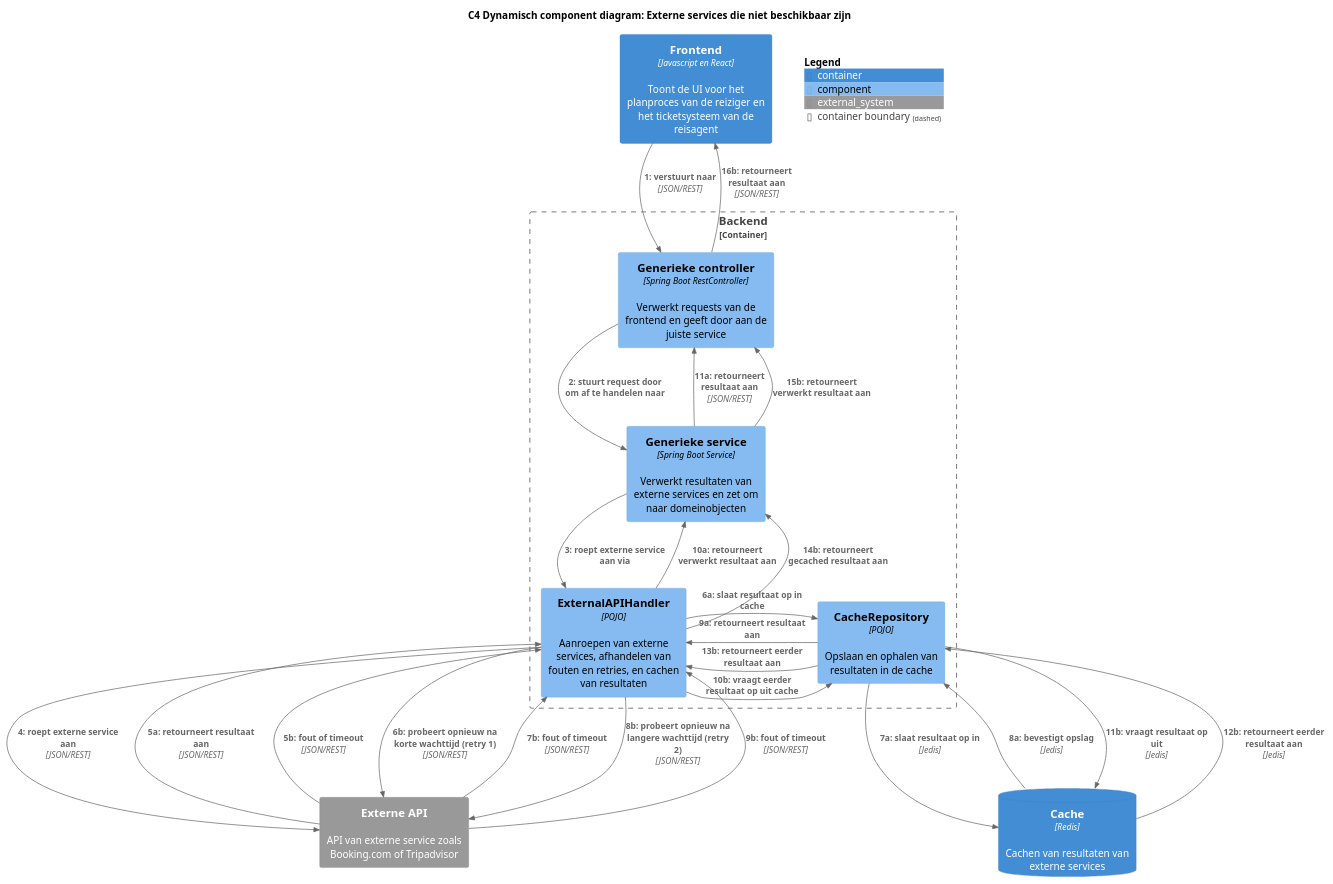
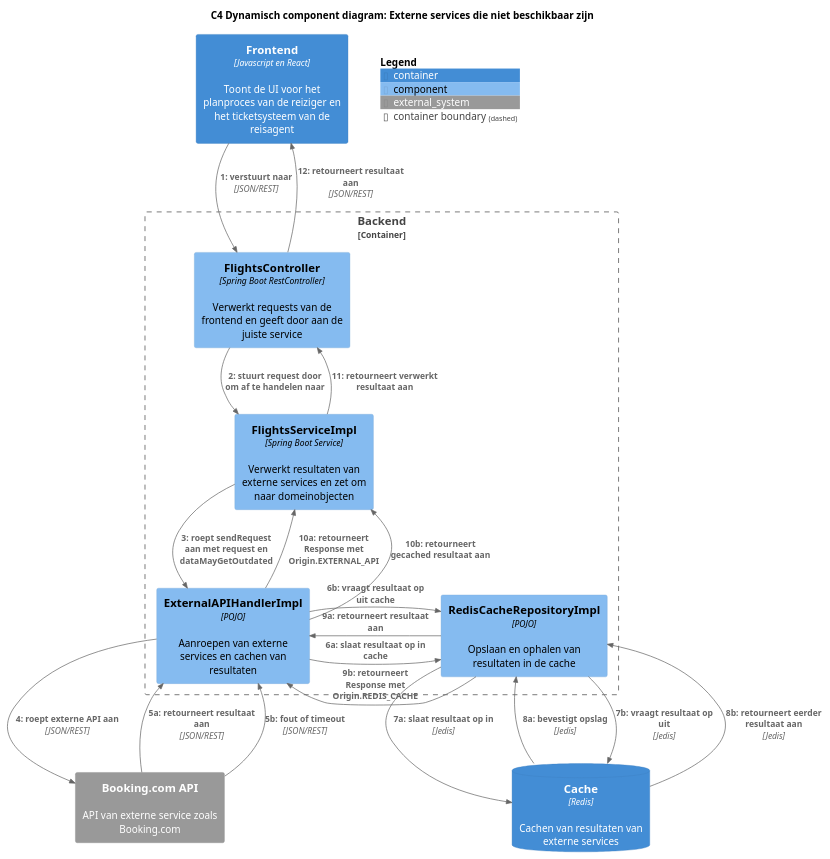
Before and after one commit to AIM-ENE-feb25/triptop-groep-4-jochem-roald-stijn-a: the diagram in software-guidebook/sgb-bestanden/ontwerpvragen/Fault Tolerance - volgorde van aanroepen.puml, drawn with PlantUML. The commit also changed 2 other files, not shown here.

Commit message:
class en dynamic component diagram update in readme

```diff
--- a/software-guidebook/sgb-bestanden/ontwerpvragen/Fault Tolerance - volgorde van aanroepen.puml
+++ b/software-guidebook/sgb-bestanden/ontwerpvragen/Fault Tolerance - volgorde van aanroepen.puml
@@ -1,56 +1,50 @@
 @startuml
 !include <C4/C4_Component.puml>
 title C4 Dynamisch component diagram: Externe services die niet beschikbaar zijn
 
 LAYOUT_TOP_DOWN()
 SHOW_PERSON_OUTLINE()
 
 Container(frontend, "Frontend", "Javascript en React", "Toont de UI voor het planproces van de reiziger en het ticketsysteem van de reisagent")
 
 Container_Boundary(backend, "Backend") {
-    Component(controller, "Generieke controller", "Spring Boot RestController", "Verwerkt requests van de frontend en geeft door aan de juiste service")
-    Component(service, "Generieke service", "Spring Boot Service", "Verwerkt resultaten van externe services en zet om naar domeinobjecten")
-    Component(apiHandler, "ExternalAPIHandler", "POJO", "Aanroepen van externe services, afhandelen van fouten en retries, en cachen van resultaten")
-    Component(cacheRepo, "CacheRepository", "POJO", "Opslaan en ophalen van resultaten in de cache")
+    Component(controller, "FlightsController", "Spring Boot RestController", "Verwerkt requests van de frontend en geeft door aan de juiste service")
+    Component(service, "FlightsServiceImpl", "Spring Boot Service", "Verwerkt resultaten van externe services en zet om naar domeinobjecten")
+    Component(apiHandler, "ExternalAPIHandlerImpl", "POJO", "Aanroepen van externe services en cachen van resultaten")
+    Component(cacheRepo, "RedisCacheRepositoryImpl", "POJO", "Opslaan en ophalen van resultaten in de cache")
 }
 
-System_Ext(api, "Externe API", "API van externe service zoals Booking.com of Tripadvisor")
+System_Ext(api, "Booking.com API", "API van externe service zoals Booking.com")
 
 ContainerDb(cache, "Cache", "Redis", "Cachen van resultaten van externe services")
 
 Rel_D(frontend, controller, "1: verstuurt naar", "JSON/REST")
 Rel_D(controller, service, "2: stuurt request door om af te handelen naar")
-Rel_D(service, apiHandler, "3: roept externe service aan via")
+Rel_D(service, apiHandler, "3: roept sendRequest aan met request en dataMayGetOutdated")
 
-' Eerste poging - externe API aanroepen
-Rel_D(apiHandler, api, "4: roept externe service aan", "JSON/REST")
+' Pad 1 - Externe API aanroepen
+Rel_D(apiHandler, api, "4: roept externe API aan", "JSON/REST")
 
 ' Succespad - externe API werkt
 Rel_U(api, apiHandler, "5a: retourneert resultaat aan", "JSON/REST")
 Rel_R(apiHandler, cacheRepo, "6a: slaat resultaat op in cache")
 Rel_D(cacheRepo, cache, "7a: slaat resultaat op in", "Jedis")
 Rel_U(cache, cacheRepo, "8a: bevestigt opslag", "Jedis")
 Rel_L(cacheRepo, apiHandler, "9a: retourneert resultaat aan")
-Rel_U(apiHandler, service, "10a: retourneert verwerkt resultaat aan")
-Rel_U(service, controller, "11a: retourneert resultaat aan", "JSON/REST")
+Rel_U(apiHandler, service, "10a: retourneert Response met Origin.EXTERNAL_API")
 
-' Foutpad - externe API faalt bij eerste poging
+' Foutpad - externe API faalt
 Rel_U(api, apiHandler, "5b: fout of timeout", "JSON/REST")
 
-' Retry mechanisme
-Rel_D(apiHandler, api, "6b: probeert opnieuw na korte wachttijd (retry 1)", "JSON/REST")
-Rel_U(api, apiHandler, "7b: fout of timeout", "JSON/REST")
-Rel_D(apiHandler, api, "8b: probeert opnieuw na langere wachttijd (retry 2)", "JSON/REST")
-Rel_U(api, apiHandler, "9b: fout of timeout", "JSON/REST")
+' Fallback naar cache
+Rel_R(apiHandler, cacheRepo, "6b: vraagt resultaat op uit cache")
+Rel_D(cacheRepo, cache, "7b: vraagt resultaat op uit", "Jedis")
+Rel_U(cache, cacheRepo, "8b: retourneert eerder resultaat aan", "Jedis")
+Rel_L(cacheRepo, apiHandler, "9b: retourneert Response met Origin.REDIS_CACHE")
+Rel_U(apiHandler, service, "10b: retourneert gecached resultaat aan")
 
-' Fallback naar cache
-Rel_R(apiHandler, cacheRepo, "10b: vraagt eerder resultaat op uit cache")
-Rel_D(cacheRepo, cache, "11b: vraagt resultaat op uit", "Jedis")
-Rel_U(cache, cacheRepo, "12b: retourneert eerder resultaat aan", "Jedis")
-Rel_L(cacheRepo, apiHandler, "13b: retourneert eerder resultaat aan")
-Rel_U(apiHandler, service, "14b: retourneert gecached resultaat aan")
-Rel_U(service, controller, "15b: retourneert verwerkt resultaat aan")
-Rel_U(controller, frontend, "16b: retourneert resultaat aan", "JSON/REST")
+Rel_U(service, controller, "11: retourneert verwerkt resultaat aan")
+Rel_U(controller, frontend, "12: retourneert resultaat aan", "JSON/REST")
 
 SHOW_FLOATING_LEGEND()
 @enduml
```
